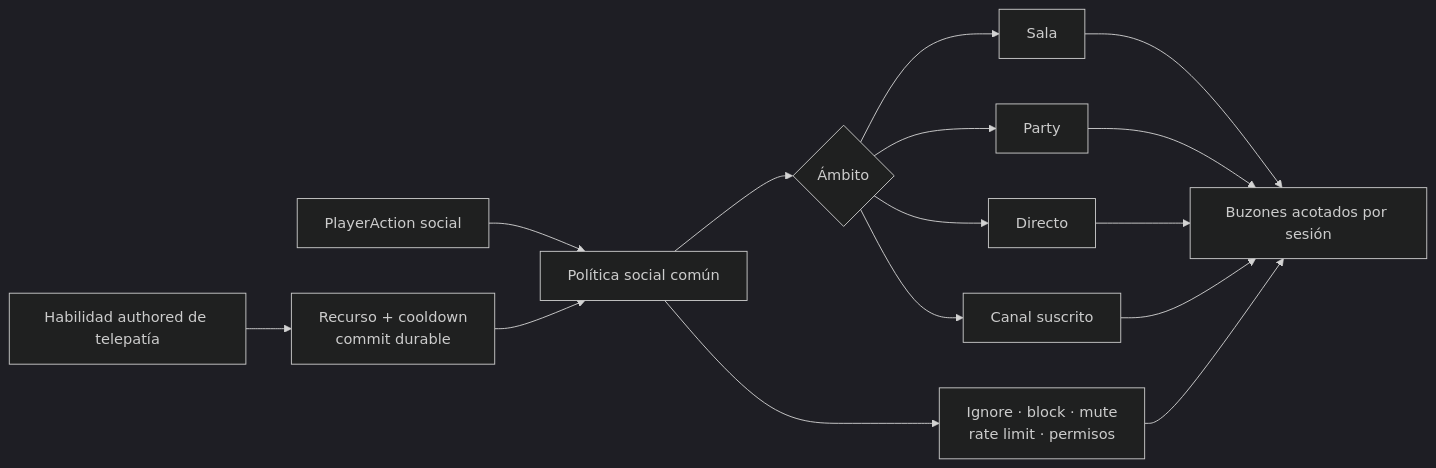
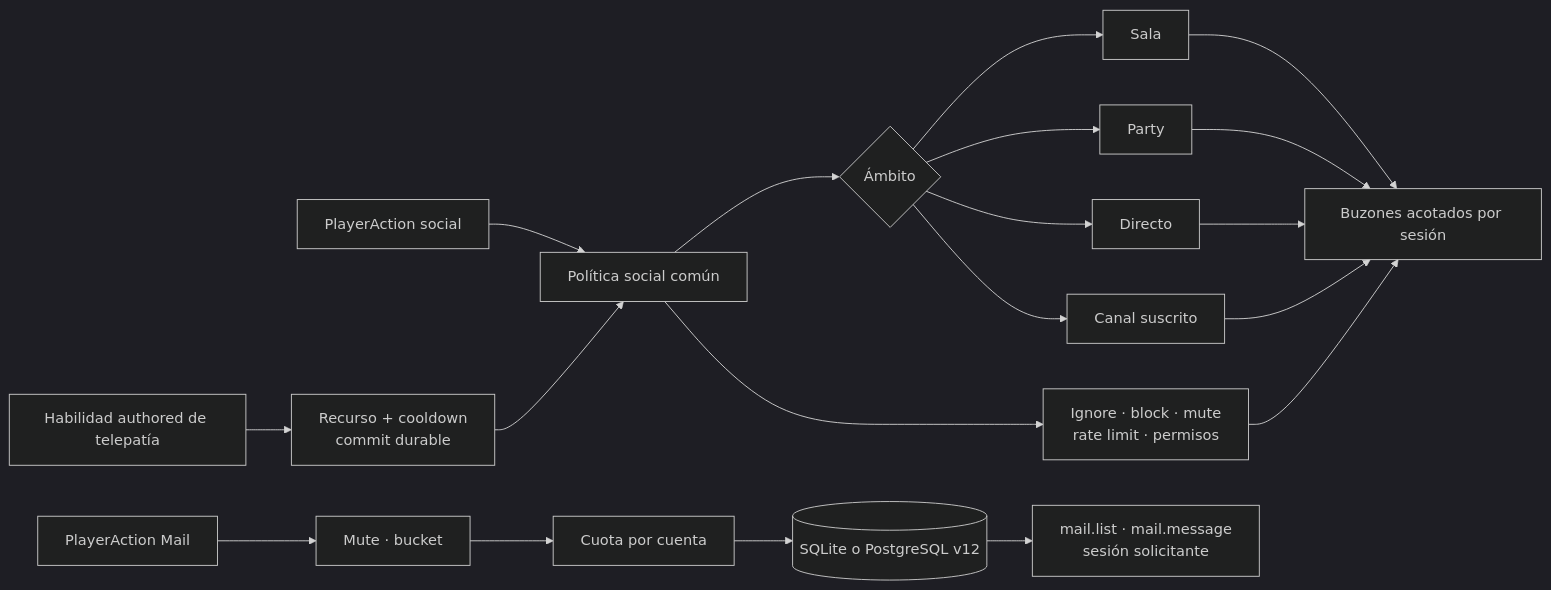
The first of 3 diagrams in docs/design/social-staff-and-loot-roadmap.md (hyukudan/tiamud), drawn with Mermaid (dark theme) before and after one commit. The commit also changed other lines of this file and 32 other files, not shown here.

````diff
--- a/docs/design/social-staff-and-loot-roadmap.md
+++ b/docs/design/social-staff-and-loot-roadmap.md
@@ -320,20 +323,24 @@
 ```mermaid
 flowchart LR
     accTitle: Enrutamiento actual de las comunicaciones de Tiamud
-    accDescr: Las acciones de texto entran en una política social común que calcula destinatarios, aplica bloqueos y límites y entrega solo a buzones autorizados. La telepatía confirma primero su coste de gameplay y solo después usa esa entrega común.
+    accDescr: Chat, emotes y telepatía entregan copias efímeras mediante una política común. El correo supera las guardas comunes y pasa a cuota, almacenamiento temporal y consulta privada separada.
 
     Text[PlayerAction social] --> Policy[Política social común]
     Ability[Habilidad authored de telepatía] --> Effect[Recurso + cooldown<br/>commit durable]
     Effect --> Policy
     Policy --> Audience{Ámbito}
     Audience --> Room[Sala]
     Audience --> Party[Party]
     Audience --> Direct[Directo]
     Audience --> Channel[Canal suscrito]
     Policy --> Safety[Ignore · block · mute<br/>rate limit · permisos]
     Room --> Delivery[Buzones acotados por sesión]
     Party --> Delivery
     Direct --> Delivery
     Channel --> Delivery
     Safety --> Delivery
+    Mail[PlayerAction Mail] --> Guard[Mute · bucket]
+    Guard --> Quota[Cuota por cuenta]
+    Quota --> Store[(SQLite o PostgreSQL v12)]
+    Store --> Private[mail.list · mail.message<br/>sesión solicitante]
 ```
````
